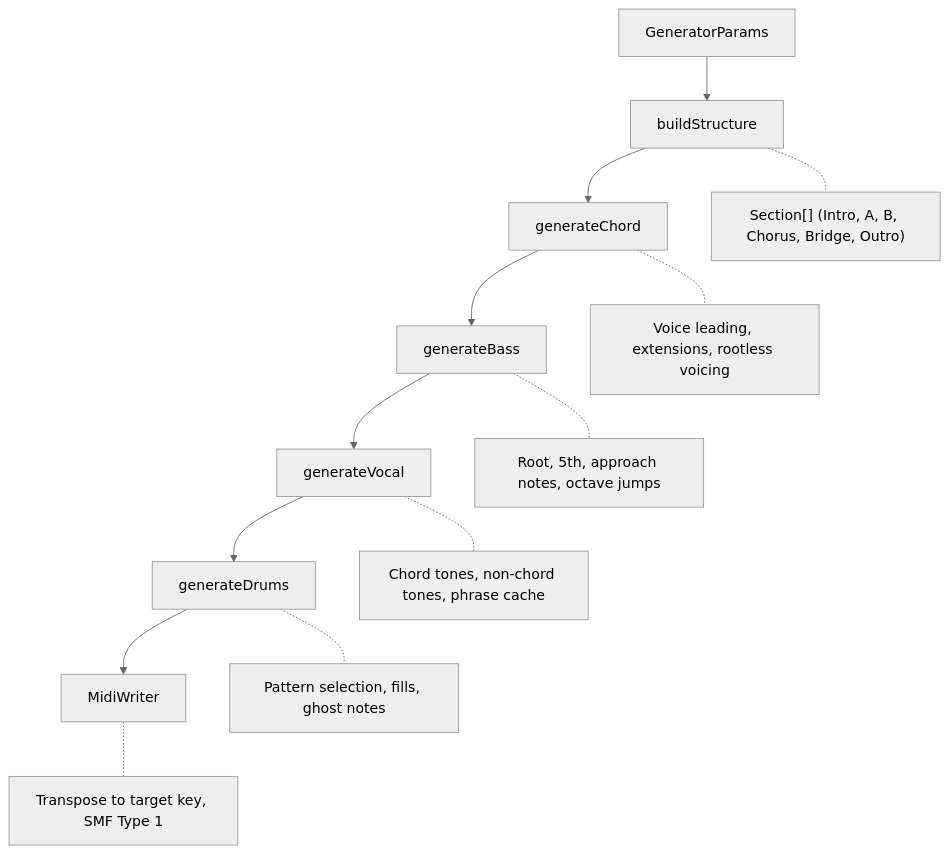
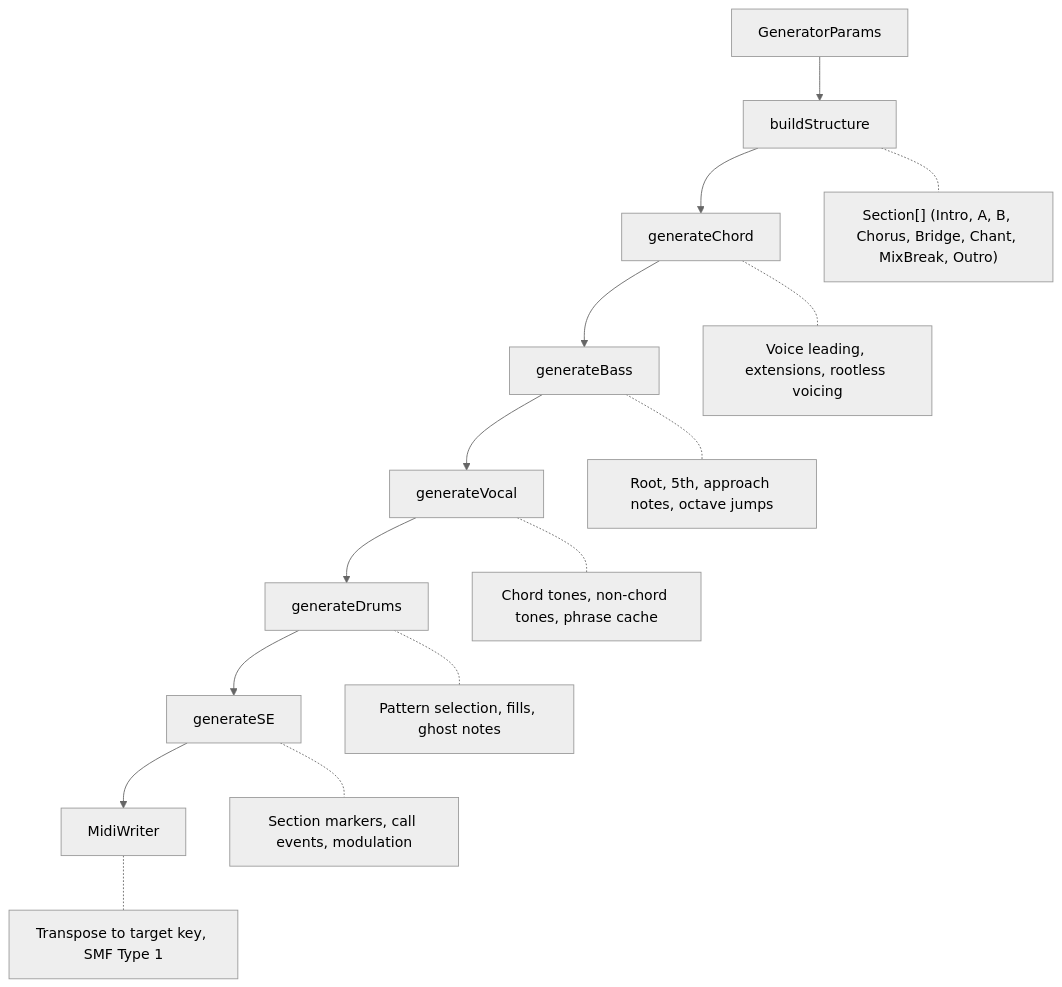
One commit to libraz/midi-sketch changed the first of 2 diagrams in README.md. Above: the diagram before and after it, drawn with Mermaid (neutral theme). The commit also changed other lines of this file and 26 other files, not shown here.

First line of the commit message:
feat: Add call and response system with Chant/MixBreak sections

````diff
--- a/README.md
+++ b/README.md
@@ -143,16 +149,18 @@
 ```mermaid
 flowchart TD
     A[GeneratorParams] --> B[buildStructure]
     B --> C[generateChord]
     C --> D[generateBass]
     D --> E[generateVocal]
     E --> F[generateDrums]
-    F --> G[MidiWriter]
+    F --> H[generateSE]
+    H --> G[MidiWriter]
 
-    B -.- B1["Section[] (Intro, A, B, Chorus, Bridge, Outro)"]
+    B -.- B1["Section[] (Intro, A, B, Chorus, Bridge, Chant, MixBreak, Outro)"]
     C -.- C1["Voice leading, extensions, rootless voicing"]
     D -.- D1["Root, 5th, approach notes, octave jumps"]
     E -.- E1["Chord tones, non-chord tones, phrase cache"]
     F -.- F1["Pattern selection, fills, ghost notes"]
+    H -.- H1["Section markers, call events, modulation"]
     G -.- G1["Transpose to target key, SMF Type 1"]
 ```
````
